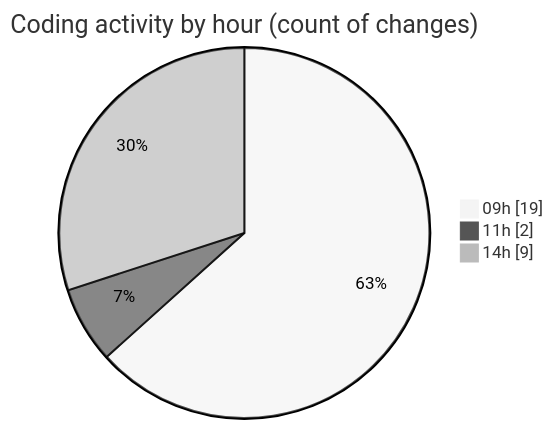
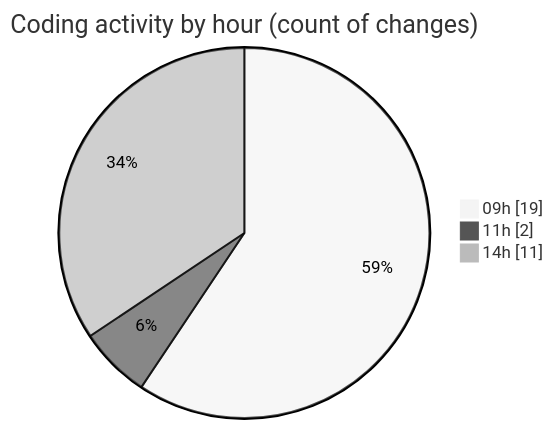
One commit to LanceThiago/code-tracking changed the second of 2 diagrams in 2025-01-10/nueva_carpeta/README.md. Above: the diagram before and after it, drawn with Mermaid (neutral theme). The commit also changed other lines of this file and 1 other file, not shown here.

````diff
--- a/2025-01-10/nueva_carpeta/README.md
+++ b/2025-01-10/nueva_carpeta/README.md
@@ -28,7 +28,7 @@
 ```mermaid
 pie showData
 title Coding activity by hour (count of changes)
 "09h" : 19
 "11h" : 2
-"14h" : 9
+"14h" : 11
 ```
````
